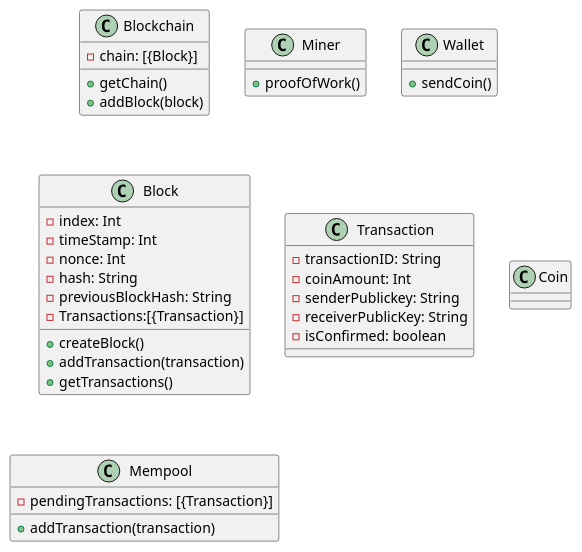
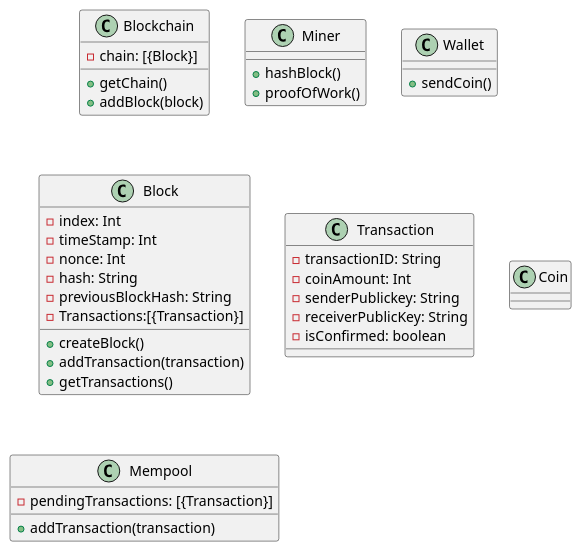
One commit to valleria-web/prototype changed the diagram in prototipov1.plantuml. Above: the diagram before and after it, drawn with PlantUML. The commit also changed 5 other files, not shown here.

```diff
--- a/prototipov1.plantuml
+++ b/prototipov1.plantuml
@@ -1,46 +1,47 @@
 @startuml prototipov1
 
 class Blockchain{
     - chain: [{Block}]
     + getChain()
     + addBlock(block)
 }
 
 class Miner{
+    + hashBlock()
     + proofOfWork()
 }
 
 class Wallet{
     + sendCoin()
 }
 
 class Block{
     - index: Int 
     - timeStamp: Int 
     - nonce: Int
     - hash: String 
     - previousBlockHash: String
     - Transactions:[{Transaction}]
     + createBlock()
     + addTransaction(transaction)
     + getTransactions()
 }
 
 class Transaction{
     - transactionID: String 
     - coinAmount: Int 
     - senderPublickey: String
     - receiverPublicKey: String
     - isConfirmed: boolean
 }
 
 class Coin{
 
 }
 
 class Mempool{
     - pendingTransactions: [{Transaction}]
     + addTransaction(transaction)
 }
 
 @enduml
```
